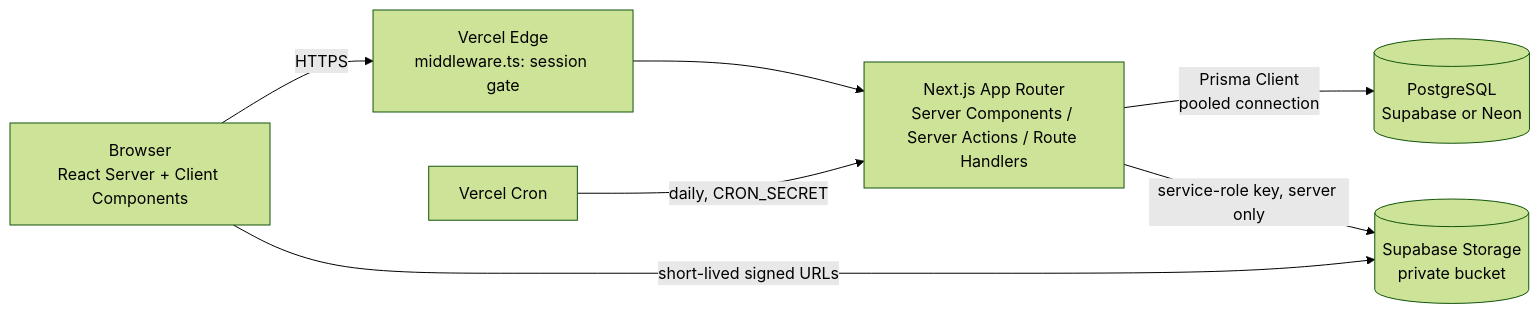
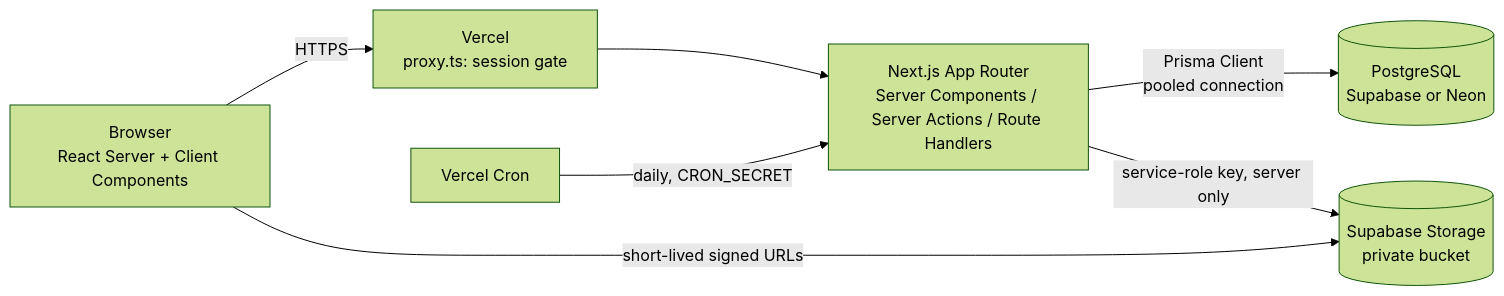
One commit to axelblaze33/EAMS-Asset changed the first of 2 diagrams in docs/ARCHITECTURE.md. Above: the diagram before and after it, drawn with Mermaid (forest theme). The commit also changed other lines of this file and 206 other files, not shown here.

````diff
--- a/docs/ARCHITECTURE.md
+++ b/docs/ARCHITECTURE.md
@@ -8,9 +8,9 @@
 ```mermaid
 flowchart LR
-  U[Browser<br/>React Server + Client Components] -->|HTTPS| V[Vercel Edge<br/>middleware.ts: session gate]
+  U[Browser<br/>React Server + Client Components] -->|HTTPS| V[Vercel<br/>proxy.ts: session gate]
   V --> N[Next.js App Router<br/>Server Components / Server Actions / Route Handlers]
   N -->|Prisma Client<br/>pooled connection| DB[(PostgreSQL<br/>Supabase or Neon)]
   N -->|service-role key, server only| S[(Supabase Storage<br/>private bucket)]
   U -->|short-lived signed URLs| S
   C[Vercel Cron] -->|daily, CRON_SECRET| N
 ```
````
